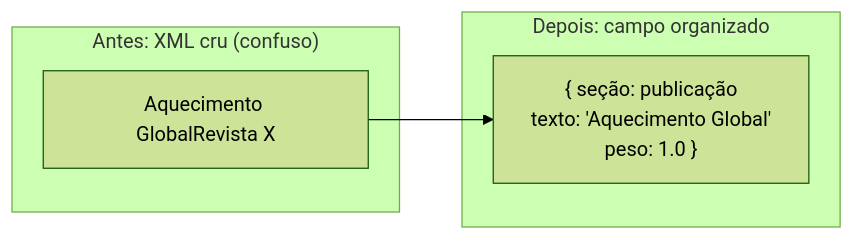
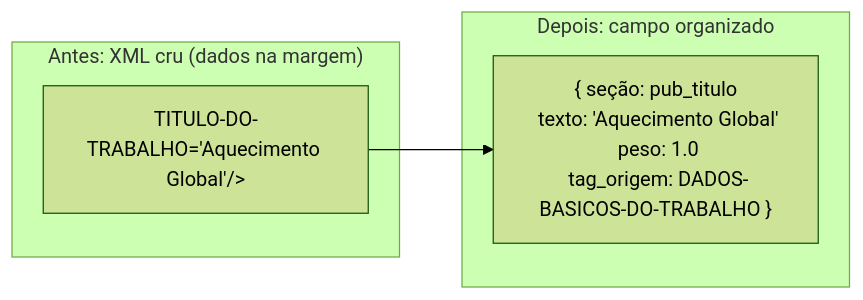
Before and after one commit to frederico-mello/cv-ods-classifier: the second of 5 diagrams in docs/03-modelo-de-dados.md, drawn with Mermaid (forest theme). The commit also changed other lines of this file and 31 other files, not shown here.

````diff
--- a/docs/03-modelo-de-dados.md
+++ b/docs/03-modelo-de-dados.md
@@ -60,10 +69,10 @@
 ```mermaid
 flowchart LR
-    subgraph "Antes: XML cru (confuso)"
-        X["<tituloDoTrabalho>Aquecimento Global</tituloDoTrabalho><nomeDoPeriodico>Revista X</nomeDoPeriodico>"]
+    subgraph "Antes: XML cru (dados na margem)"
+        X["<DADOS-BASICOS-DO-TRABALHO<br/>TITULO-DO-TRABALHO='Aquecimento Global'/>"]
     end
     subgraph "Depois: campo organizado"
-        F["{ seção: publicação<br/> texto: 'Aquecimento Global'<br/> peso: 1.0 }"]
+        F["{ seção: pub_titulo<br/> texto: 'Aquecimento Global'<br/> peso: 1.0<br/> tag_origem: DADOS-BASICOS-DO-TRABALHO }"]
     end
     X --> F
 ```
````
